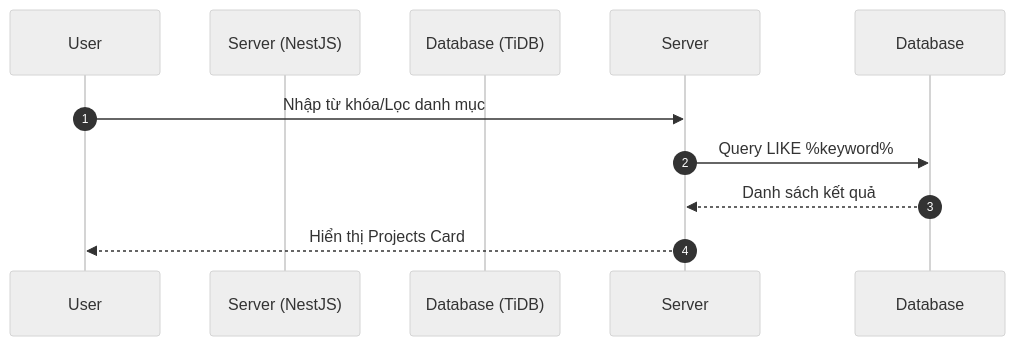
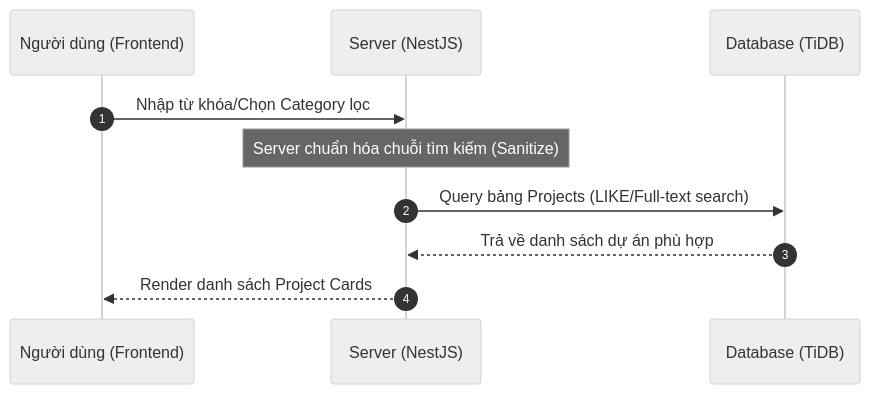
One commit to Loisori/SCI-ITF-Canhan42_TrinhSuTruongThi changed diagram 14 of 25 in doc.md. Above: the diagram before and after it, drawn with Mermaid (neutral theme). The commit also changed other lines of this file and 1 other file, not shown here.

````diff
--- a/doc.md
+++ b/doc.md
@@ -1287,12 +1351,13 @@
 ```mermaid
 sequenceDiagram
     autonumber
-    participant U as User
+    participant U as Người dùng (Frontend)
     participant S as Server (NestJS)
     participant D as Database (TiDB)
 
-    U->>Server: Nhập từ khóa/Lọc danh mục
-    Server->>Database: Query LIKE %keyword%
-    Database-->>Server: Danh sách kết quả
-    Server-->>U: Hiển thị Projects Card
+    U->>S: Nhập từ khóa/Chọn Category lọc
+    Note over S: Server chuẩn hóa chuỗi tìm kiếm (Sanitize)
+    S->>D: Query bảng Projects (LIKE/Full-text search)
+    D-->>S: Trả về danh sách dự án phù hợp
+    S-->>U: Render danh sách Project Cards
 ```
````
